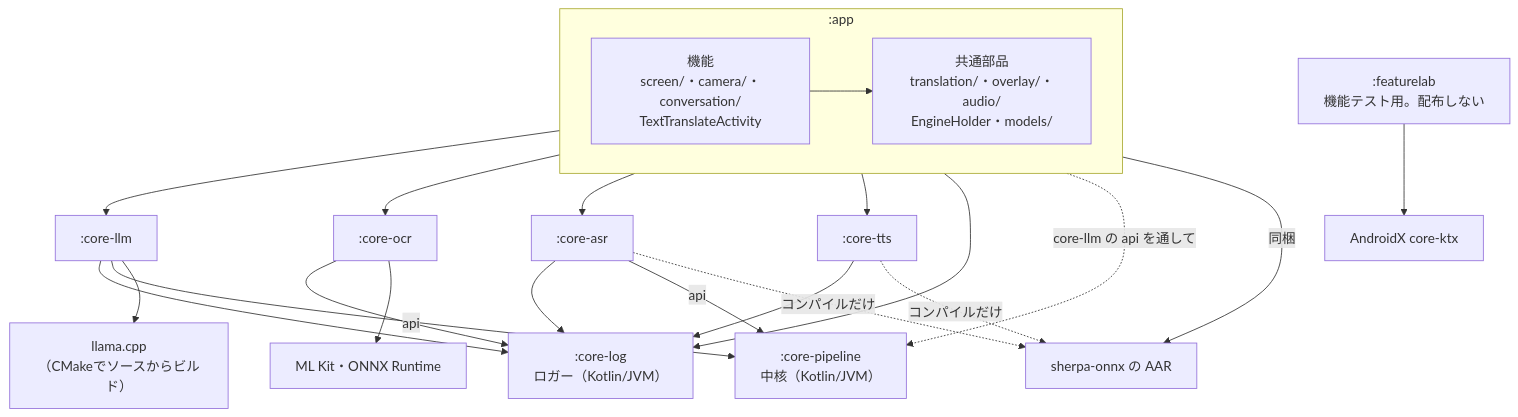
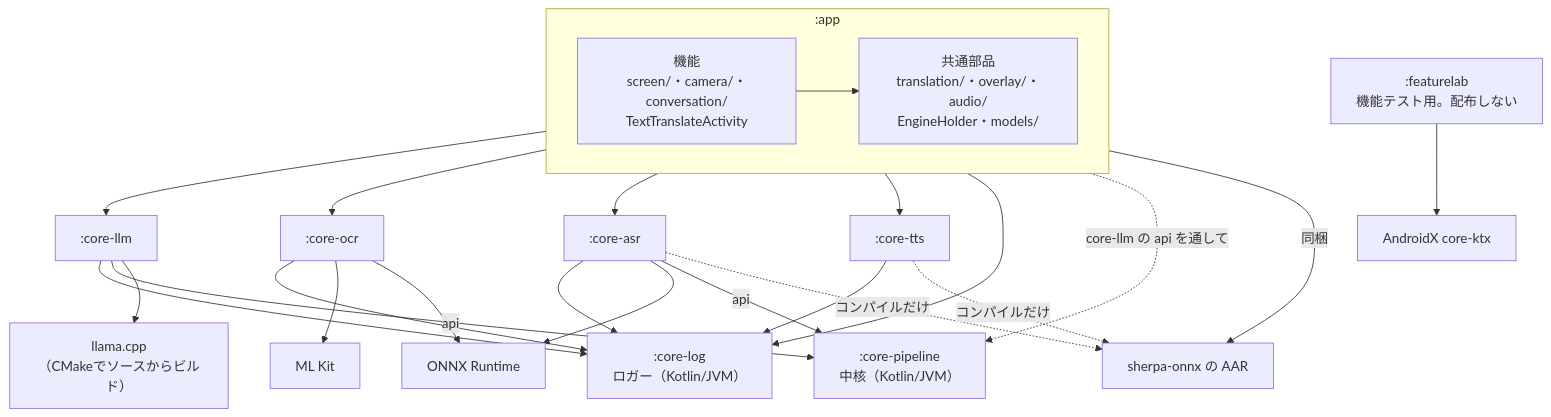
One commit to kagerouttepaso/PlamoTranslate changed the first of 5 diagrams in docs/設計/アーキテクチャ.md. Above: the diagram before and after it, drawn with Mermaid. The commit also changed other lines of this file and 11 other files, not shown here.

````diff
--- a/docs/設計/アーキテクチャ.md
+++ b/docs/設計/アーキテクチャ.md
@@ -112,25 +112,26 @@
 ```mermaid
 flowchart TB
   subgraph APP[":app"]
     FEAT["機能<br>screen/・camera/・conversation/<br>TextTranslateActivity"]
     SHARED["共通部品<br>translation/・overlay/・audio/<br>EngineHolder・models/"]
     FEAT --> SHARED
   end
   PIPE[":core-pipeline<br>中核（Kotlin/JVM）"]
   LLM[":core-llm"]
   OCR[":core-ocr"]
   ASR[":core-asr"]
   TTS[":core-tts"]
   LOG[":core-log<br>ロガー（Kotlin/JVM）"]
   LAB[":featurelab<br>機能テスト用。配布しない"]
   APP --> LLM & OCR & ASR & TTS
   APP & LLM & OCR & ASR & TTS --> LOG
   APP -. core-llm の api を通して .-> PIPE
   LLM -- api --> PIPE
   LLM --> LLAMA["llama.cpp<br>（CMakeでソースからビルド）"]
-  OCR --> MLK["ML Kit・ONNX Runtime"]
+  OCR --> MLK["ML Kit"]
+  OCR & ASR --> ORT["ONNX Runtime"]
   ASR -- api --> PIPE
   ASR & TTS -. コンパイルだけ .-> SHE["sherpa-onnx の AAR"]
   APP -- 同梱 --> SHE
   LAB --> CORE["AndroidX core-ktx"]
 ```
````
